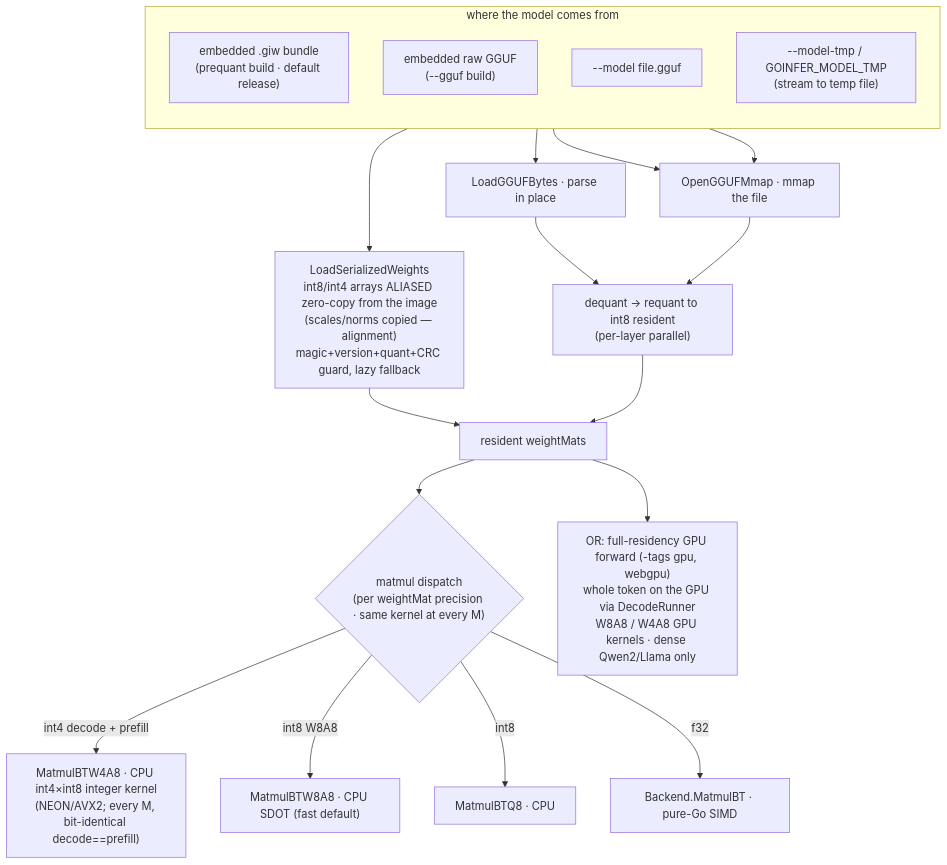
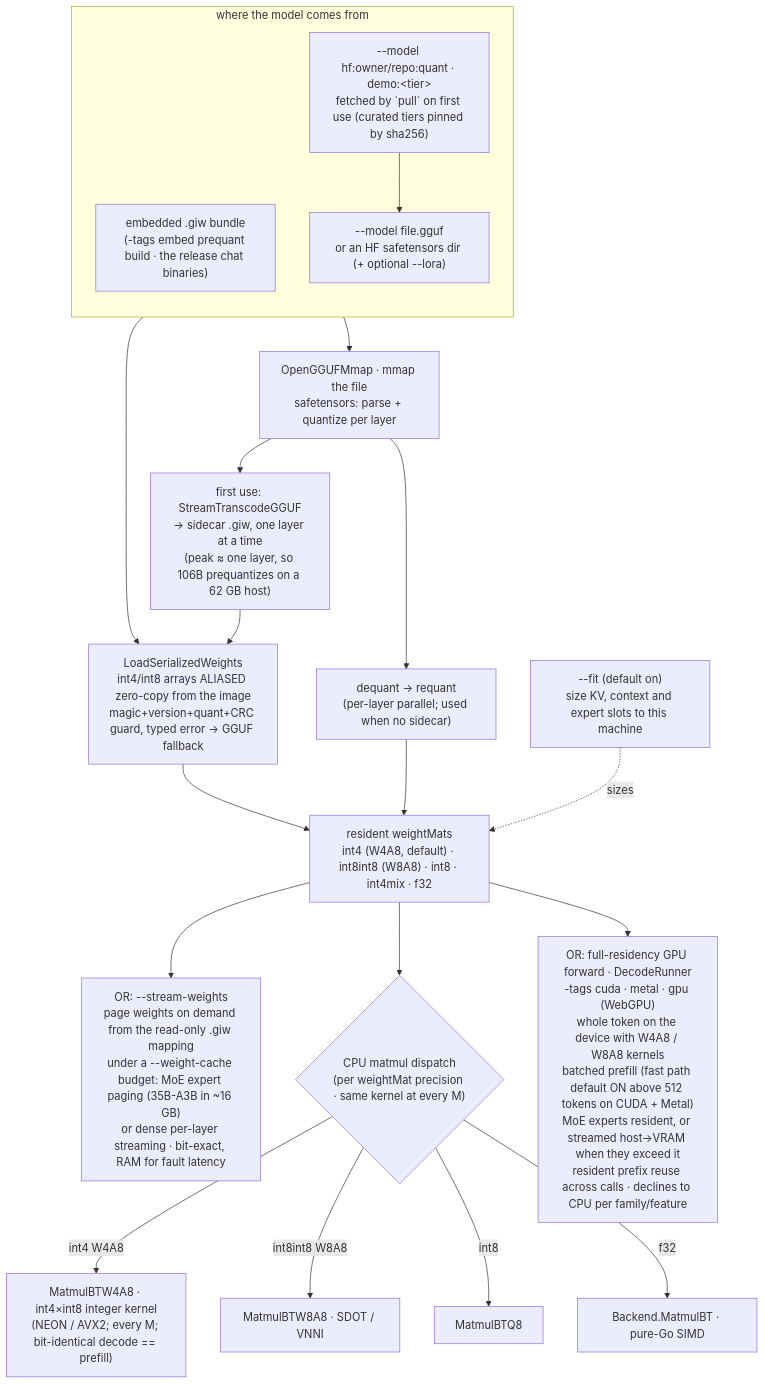
The second of 3 diagrams in docs/ARCHITECTURE.md (townsendmerino/goinfer), drawn with Mermaid before and after one commit. The commit also changed other lines of this file and 1 other file, not shown here.

First line of the commit message:
docs: rewrite ARCHITECTURE.md for v0.17.2's three backends and 36-family registry

````diff
--- a/docs/ARCHITECTURE.md
+++ b/docs/ARCHITECTURE.md
@@ -92,27 +123,30 @@
 ```mermaid
 flowchart TB
   subgraph SRC["where the model comes from"]
     direction TB
-    GIW["embedded .giw bundle<br/>(prequant build · default release)"]
-    EGG["embedded raw GGUF<br/>(--gguf build)"]
-    FILE["--model file.gguf"]
-    TMP["--model-tmp / GOINFER_MODEL_TMP<br/>(stream to temp file)"]
+    GIW["embedded .giw bundle<br/>(-tags embed prequant build · the release chat binaries)"]
+    FILE["--model file.gguf<br/>or an HF safetensors dir (+ optional --lora)"]
+    REF["--model hf:owner/repo:quant · demo:&lt;tier&gt;<br/>fetched by `pull` on first use (curated tiers pinned by sha256)"]
   end
 
-  GIW --> ALIAS["LoadSerializedWeights<br/>int8/int4 arrays ALIASED zero-copy from the image<br/>(scales/norms copied — alignment)<br/>magic+version+quant+CRC guard, lazy fallback"]
-  EGG --> PARSE["LoadGGUFBytes · parse in place"]
-  FILE --> MMAP["OpenGGUFMmap · mmap the file"]
-  TMP --> MMAP
-  PARSE --> REQ["dequant → requant to int8 resident<br/>(per-layer parallel)"]
-  MMAP --> REQ
+  GIW --> ALIAS["LoadSerializedWeights<br/>int4/int8 arrays ALIASED zero-copy from the image<br/>magic+version+quant+CRC guard, typed error → GGUF fallback"]
+  REF --> FILE
+  FILE --> MMAP["OpenGGUFMmap · mmap the file<br/>safetensors: parse + quantize per layer"]
+  MMAP --> SIDE["first use: StreamTranscodeGGUF<br/>→ sidecar .giw, one layer at a time<br/>(peak ≈ one layer, so 106B prequantizes on a 62 GB host)"]
+  SIDE --> ALIAS
+  MMAP --> REQ["dequant → requant<br/>(per-layer parallel; used when no sidecar)"]
 
-  ALIAS --> W["resident weightMats"]
+  ALIAS --> W["resident weightMats<br/>int4 (W4A8, default) · int8int8 (W8A8) · int8 · int4mix · f32"]
   REQ --> W
+  FIT["--fit (default on)<br/>size KV, context and expert slots to this machine"] -. "sizes" .-> W
 
-  W --> DISP{"matmul dispatch<br/>(per weightMat precision · same kernel at every M)"}
-  DISP -->|int4 decode + prefill| K4["MatmulBTW4A8 · CPU int4×int8 integer kernel<br/>(NEON/AVX2; every M, bit-identical decode==prefill)"]
-  DISP -->|int8 W8A8| K8["MatmulBTW8A8 · CPU SDOT (fast default)"]
-  DISP -->|int8| KQ["MatmulBTQ8 · CPU"]
+  W --> PAGE["OR: --stream-weights<br/>page weights on demand from the read-only .giw mapping<br/>under a --weight-cache budget: MoE expert paging (35B-A3B in ~16 GB)<br/>or dense per-layer streaming · bit-exact, RAM for fault latency"]
+
+  W --> DISP{"CPU matmul dispatch<br/>(per weightMat precision · same kernel at every M)"}
+  DISP -->|int4 W4A8| K4["MatmulBTW4A8 · int4×int8 integer kernel<br/>(NEON / AVX2; every M; bit-identical decode == prefill)"]
+  DISP -->|int8int8 W8A8| K8["MatmulBTW8A8 · SDOT / VNNI"]
+  DISP -->|int8| KQ["MatmulBTQ8"]
   DISP -->|f32| BE["Backend.MatmulBT · pure-Go SIMD"]
-  W --> GPUR["OR: full-residency GPU forward (-tags gpu, webgpu)<br/>whole token on the GPU via DecodeRunner<br/>W8A8 / W4A8 GPU kernels · dense Qwen2/Llama only"]
+
+  W --> GPUR["OR: full-residency GPU forward · DecodeRunner<br/>-tags cuda · metal · gpu (WebGPU)<br/>whole token on the device with W4A8 / W8A8 kernels<br/>batched prefill (fast path default ON above 512 tokens on CUDA + Metal)<br/>MoE experts resident, or streamed host→VRAM when they exceed it<br/>resident prefix reuse across calls · declines to CPU per family/feature"]
 ```
````
